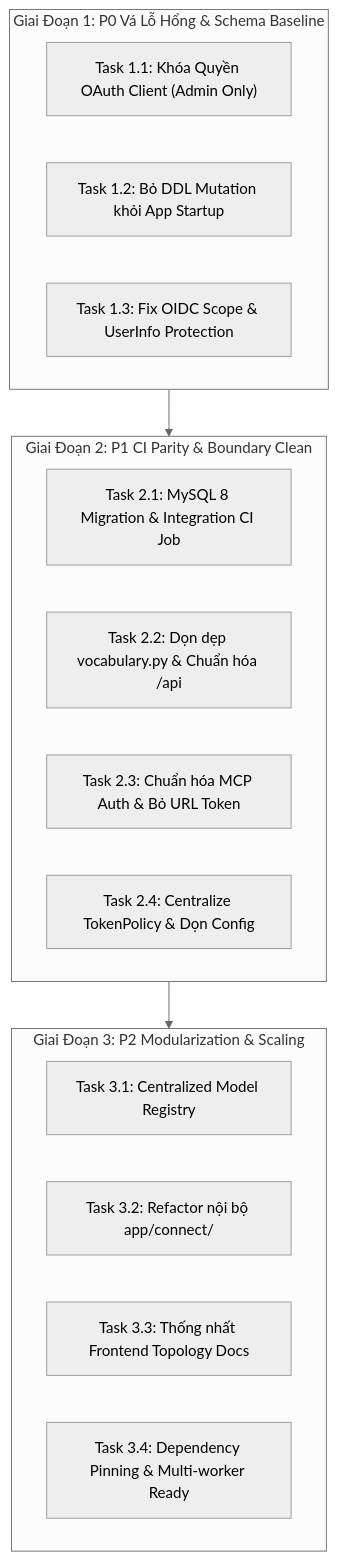
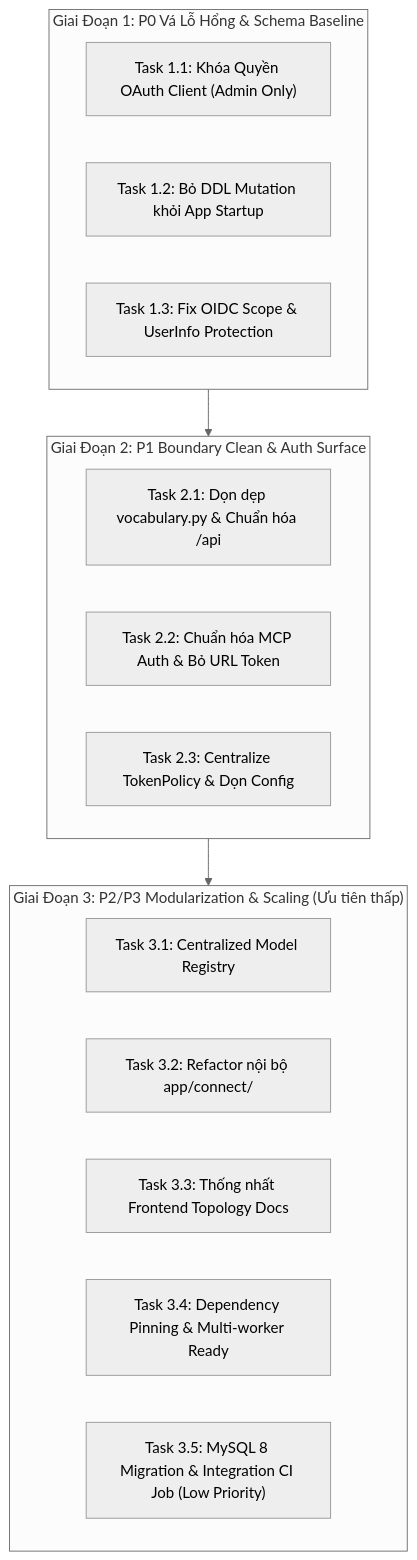
The diagram in docs/plans/ARCHITECTURE_HARDENING_ROADMAP.md (TrinhChung/Flama), drawn with Mermaid (neutral theme) before and after one commit. The commit also changed other lines of this file, not shown here.

````diff
--- a/docs/plans/ARCHITECTURE_HARDENING_ROADMAP.md
+++ b/docs/plans/ARCHITECTURE_HARDENING_ROADMAP.md
@@ -234,24 +234,24 @@
 ```mermaid
 flowchart TD
     subgraph Phase1["Giai Đoạn 1: P0 Vá Lỗ Hổng & Schema Baseline"]
         T11["Task 1.1: Khóa Quyền OAuth Client (Admin Only)"]
         T12["Task 1.2: Bỏ DDL Mutation khỏi App Startup"]
         T13["Task 1.3: Fix OIDC Scope & UserInfo Protection"]
     end
 
-    subgraph Phase2["Giai Đoạn 2: P1 CI Parity & Boundary Clean"]
-        T21["Task 2.1: MySQL 8 Migration & Integration CI Job"]
-        T22["Task 2.2: Dọn dẹp vocabulary.py & Chuẩn hóa /api"]
-        T23["Task 2.3: Chuẩn hóa MCP Auth & Bỏ URL Token"]
-        T24["Task 2.4: Centralize TokenPolicy & Dọn Config"]
+    subgraph Phase2["Giai Đoạn 2: P1 Boundary Clean & Auth Surface"]
+        T21["Task 2.1: Dọn dẹp vocabulary.py & Chuẩn hóa /api"]
+        T22["Task 2.2: Chuẩn hóa MCP Auth & Bỏ URL Token"]
+        T23["Task 2.3: Centralize TokenPolicy & Dọn Config"]
     end
 
-    subgraph Phase3["Giai Đoạn 3: P2 Modularization & Scaling"]
+    subgraph Phase3["Giai Đoạn 3: P2/P3 Modularization & Scaling (Ưu tiên thấp)"]
         T31["Task 3.1: Centralized Model Registry"]
         T32["Task 3.2: Refactor nội bộ app/connect/"]
         T33["Task 3.3: Thống nhất Frontend Topology Docs"]
         T34["Task 3.4: Dependency Pinning & Multi-worker Ready"]
+        T35["Task 3.5: MySQL 8 Migration & Integration CI Job (Low Priority)"]
     end
 
     Phase1 --> Phase2 --> Phase3
 ```
````
